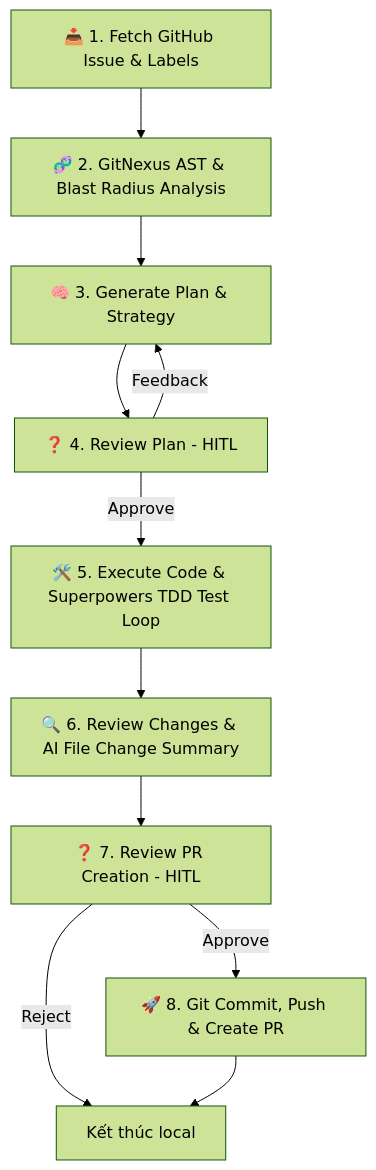
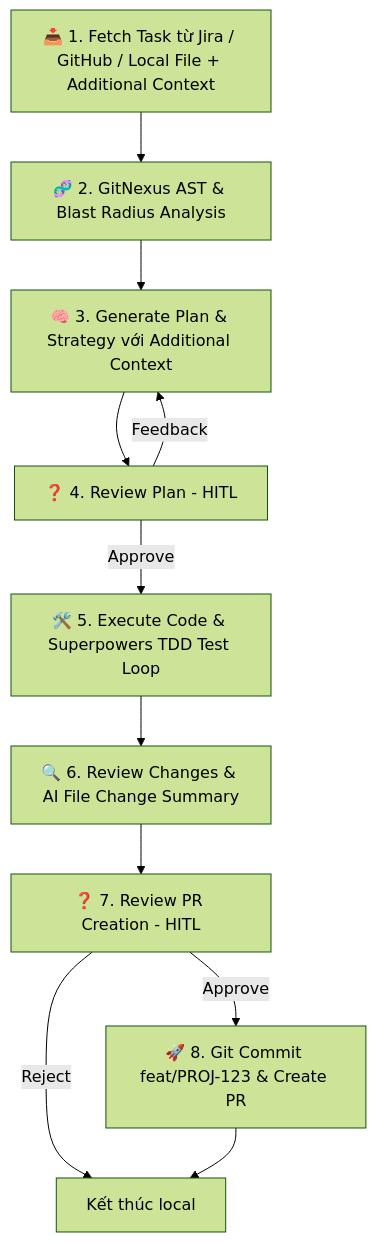
One commit to devlorvn/auto-dev-agent changed the diagram in README.md. Above: the diagram before and after it, drawn with Mermaid (forest theme). The commit also changed other lines of this file and 6 other files, not shown here.

Commit message:
feat: add Jira integration and additional context support to CLI and agent graph

````diff
--- a/README.md
+++ b/README.md
@@ -123,13 +171,13 @@
 ```mermaid
 flowchart TD
-    A[📥 1. Fetch GitHub Issue & Labels] --> B[🧬 2. GitNexus AST & Blast Radius Analysis]
-    B --> C[🧠 3. Generate Plan & Strategy]
+    A[📥 1. Fetch Task từ Jira / GitHub / Local File + Additional Context] --> B[🧬 2. GitNexus AST & Blast Radius Analysis]
+    B --> C[🧠 3. Generate Plan & Strategy với Additional Context]
     C --> D[❓ 4. Review Plan - HITL]
     D -->|Approve| E[🛠️ 5. Execute Code & Superpowers TDD Test Loop]
     D -->|Feedback| C
     E --> F[🔍 6. Review Changes & AI File Change Summary]
     F --> G[❓ 7. Review PR Creation - HITL]
-    G -->|Approve| H[🚀 8. Git Commit, Push & Create PR]
+    G -->|Approve| H[🚀 8. Git Commit feat/PROJ-123 & Create PR]
     G -->|Reject| I[Kết thúc local]
     H --> I
 ```
````
